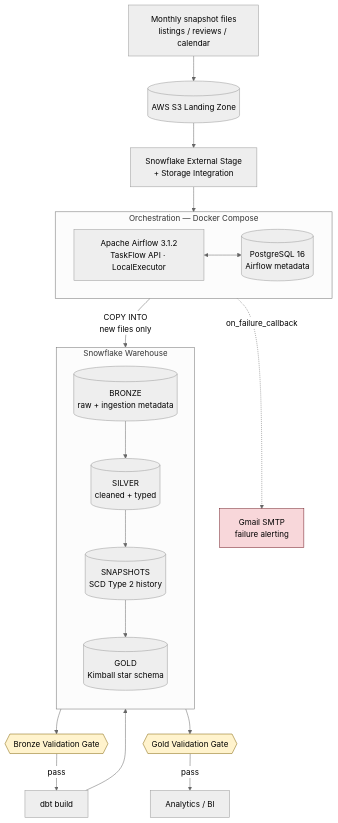
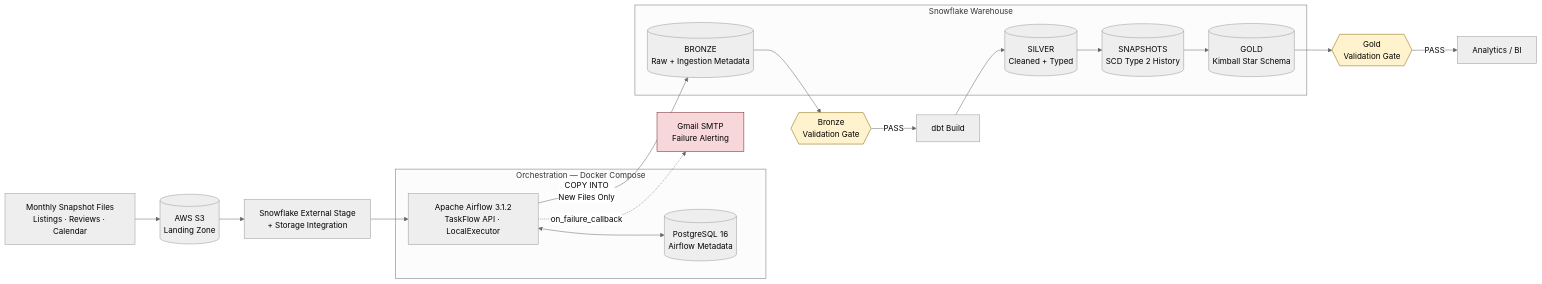
The first of 6 diagrams in README.md (MitaliRafaliya30/Rental-Market-Intelligence-Platform), drawn with Mermaid (neutral theme) before and after one commit.

Commit message:
docs: update project1 README

````diff
--- a/README.md
+++ b/README.md
@@ -61,35 +59,46 @@
 ```mermaid
-flowchart TB
-    SRC["Monthly snapshot files<br/>listings / reviews / calendar"] --> S3[("AWS S3 Landing Zone")]
+flowchart LR
+
+    SRC["Monthly Snapshot Files<br/>Listings · Reviews · Calendar"]
+        --> S3[("AWS S3<br/>Landing Zone")]
+
     S3 --> STG["Snowflake External Stage<br/>+ Storage Integration"]
 
+    STG --> AF["Apache Airflow 3.1.2<br/>TaskFlow API · LocalExecutor"]
+
+    AF <--> PG[("PostgreSQL 16<br/>Airflow Metadata")]
+
+    AF -->|"COPY INTO<br/>New Files Only"| BR[("BRONZE<br/>Raw + Ingestion Metadata")]
+
+    BR --> VB{{"Bronze<br/>Validation Gate"}}
+
+    VB -->|"PASS"| DBT["dbt Build"]
+
+    DBT --> SI[("SILVER<br/>Cleaned + Typed")]
+
+    SI --> SN[("SNAPSHOTS<br/>SCD Type 2 History")]
+
+    SN --> GO[("GOLD<br/>Kimball Star Schema")]
+
+    GO --> VG{{"Gold<br/>Validation Gate"}}
+
+    VG -->|"PASS"| BI["Analytics / BI"]
+
+    AF -.->|"on_failure_callback"| MAIL["Gmail SMTP<br/>Failure Alerting"]
+
     subgraph ORCH["Orchestration — Docker Compose"]
-        direction LR
-        AF["Apache Airflow 3.1.2<br/>TaskFlow API · LocalExecutor"]
-        PG[("PostgreSQL 16<br/>Airflow metadata")]
-        AF <--> PG
+        AF
+        PG
     end
 
-    STG --> AF
-
     subgraph SNOW["Snowflake Warehouse"]
-        direction TB
-        BR[("BRONZE<br/>raw + ingestion metadata")]
-        SI[("SILVER<br/>cleaned + typed")]
-        SN[("SNAPSHOTS<br/>SCD Type 2 history")]
-        GO[("GOLD<br/>Kimball star schema")]
-        BR --> SI --> SN --> GO
+        BR
+        SI
+        SN
+        GO
     end
-
-    AF -->|"COPY INTO<br/>new files only"| BR
-    BR --> VB{{"Bronze Validation Gate"}}
-    VB -->|"pass"| DBT["dbt build"]
-    DBT --> SI
-    GO --> VG{{"Gold Validation Gate"}}
-    VG -->|"pass"| BI["Analytics / BI"]
-    AF -.->|"on_failure_callback"| MAIL["Gmail SMTP<br/>failure alerting"]
 
     style VB fill:#fff3cd,stroke:#856404,color:#000
     style VG fill:#fff3cd,stroke:#856404,color:#000
     style MAIL fill:#f8d7da,stroke:#721c24,color:#000
 ```
````
